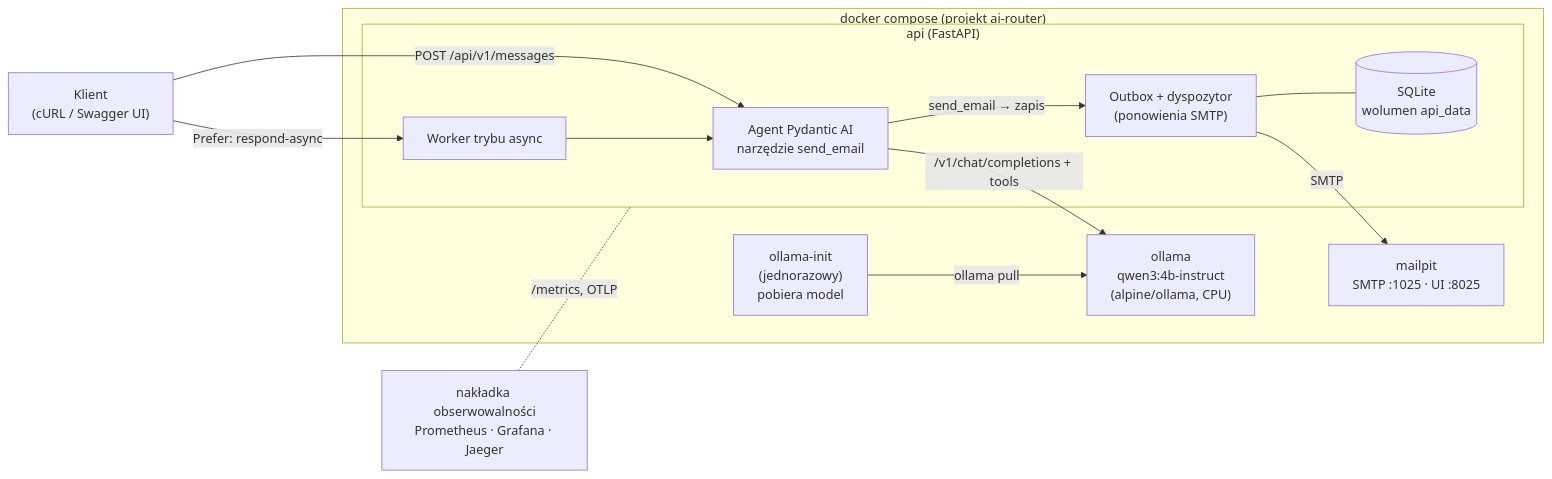
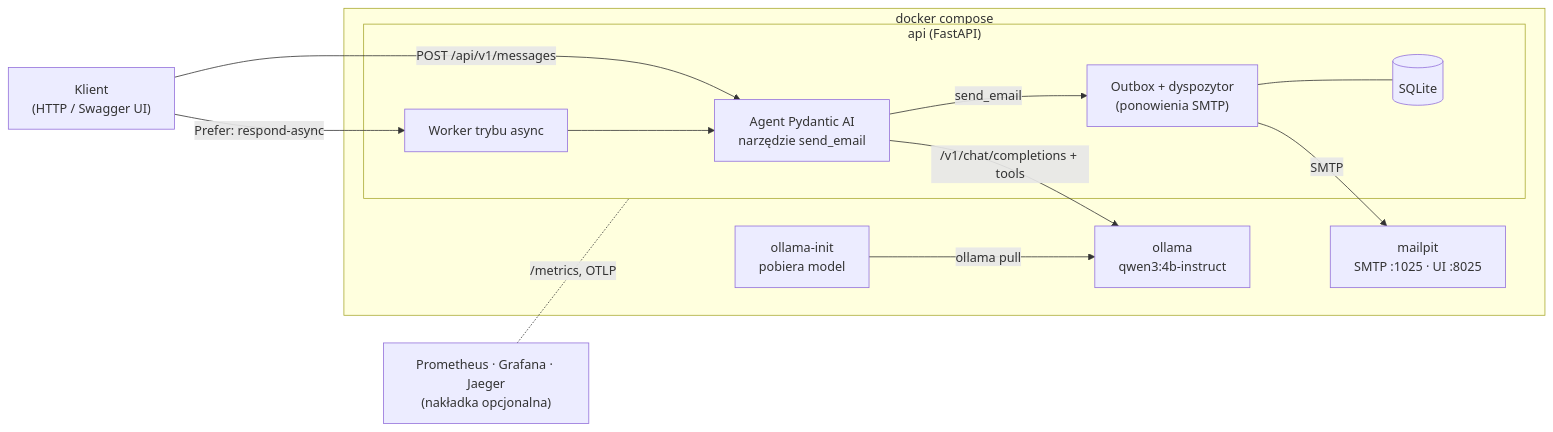
One commit to miikoolaj/ai-message-categorization-and-routing-system changed the diagram in README.md. Above: the diagram before and after it, drawn with Mermaid. The commit also changed other lines of this file and 3 other files, not shown here.

First line of the commit message:
docs: condense README and design doc to the current architecture

````diff
--- a/README.md
+++ b/README.md
@@ -46,26 +21,26 @@
 ```mermaid
 flowchart LR
-    client["Klient<br/>(cURL / Swagger UI)"]
-    subgraph compose["docker compose (projekt ai-router)"]
+    client["Klient<br/>(HTTP / Swagger UI)"]
+    subgraph compose["docker compose"]
         subgraph api["api (FastAPI)"]
             agent["Agent Pydantic AI<br/>narzędzie send_email"]
             worker["Worker trybu async"]
             outbox["Outbox + dyspozytor<br/>(ponowienia SMTP)"]
-            db[("SQLite<br/>wolumen api_data")]
+            db[("SQLite")]
         end
-        ollama["ollama<br/>qwen3:4b-instruct<br/>(alpine/ollama, CPU)"]
-        init["ollama-init<br/>(jednorazowy)<br/>pobiera model"]
+        ollama["ollama<br/>qwen3:4b-instruct"]
+        init["ollama-init<br/>pobiera model"]
         mailpit["mailpit<br/>SMTP :1025 · UI :8025"]
     end
-    obs["nakładka obserwowalności<br/>Prometheus · Grafana · Jaeger"]
+    obs["Prometheus · Grafana · Jaeger<br/>(nakładka opcjonalna)"]
 
     client -- "POST /api/v1/messages" --> agent
     client -- "Prefer: respond-async" --> worker
     worker --> agent
     agent -- "/v1/chat/completions + tools" --> ollama
-    agent -- "send_email → zapis" --> outbox
+    agent -- "send_email" --> outbox
     outbox --- db
     outbox -- "SMTP" --> mailpit
     init -- "ollama pull" --> ollama
     obs -. "/metrics, OTLP" .- api
 ```
````
